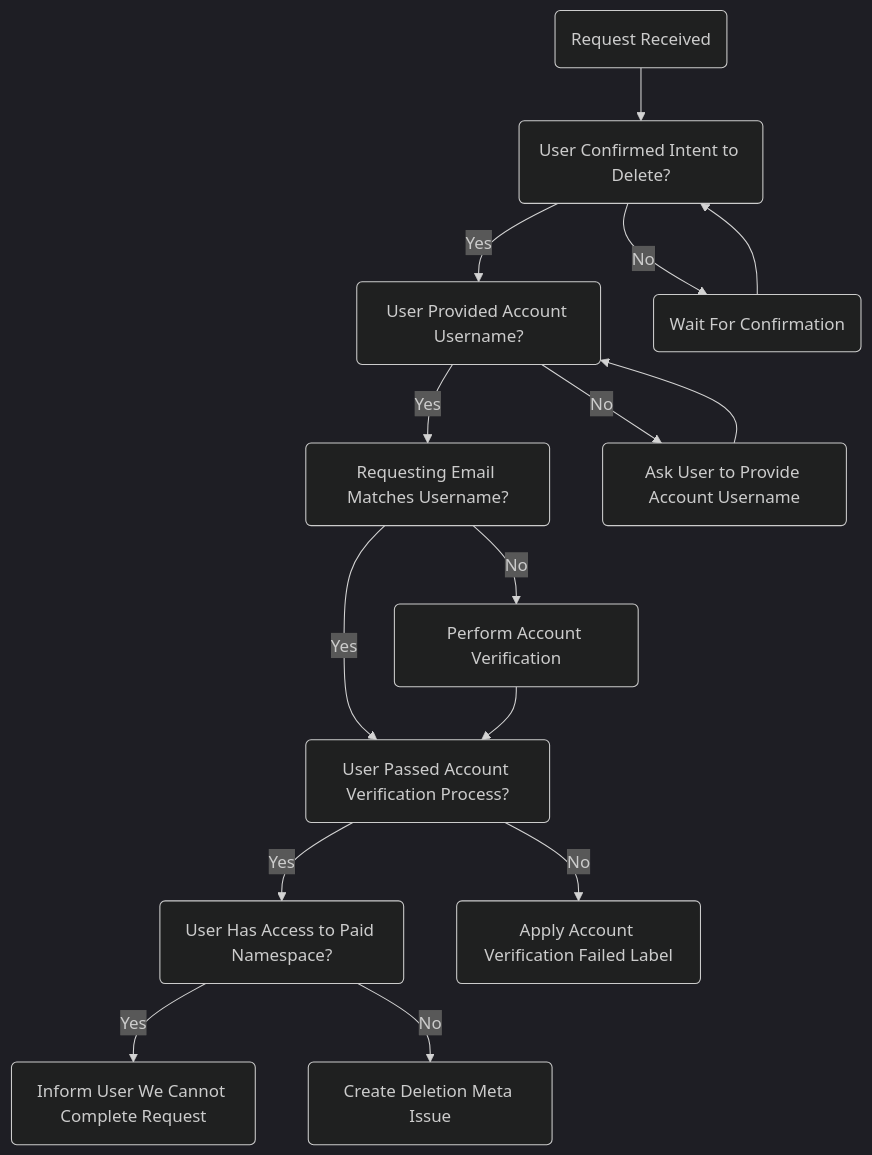
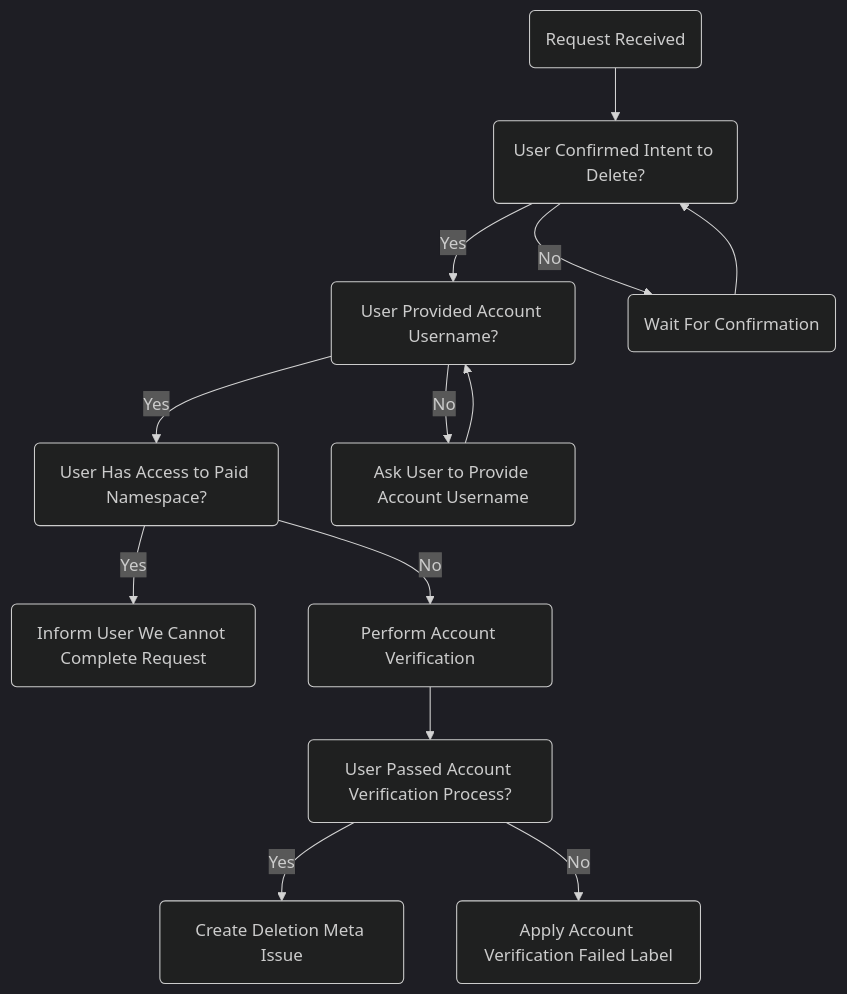
Before and after one commit to secretstartups/handbook: the diagram in support/workflows/account_deletion.html.md, drawn with Mermaid (dark theme). The commit also changed other lines of this file, not shown here.

Commit message:
Updates account deletion flow

````diff
--- a/support/workflows/account_deletion.html.md
+++ b/support/workflows/account_deletion.html.md
@@ -129,20 +144,18 @@
 ```mermaid
 graph TD
 A(Request Received)-->B
 B(User Confirmed Intent to Delete?)-->|Yes|C
-C(User Provided Account Username?)-->|Yes|D
-D(Requesting Email Matches Username?)-->|Yes|E
-E(User Passed Account Verification Process?)-->|Yes|F
+C(User Provided Account Username?)-->|Yes|F
+E(User Passed Account Verification Process?)-->|Yes|I
 F(User Has Access to Paid Namespace?)-->|Yes|X
 X(Inform User We Cannot Complete Request)
 B-->|No|Y
 Y(Wait For Confirmation)-->B
 C-->|No|Z
 Z(Ask User to Provide Account Username)-->C
-D-->|No|G
 G(Perform Account Verification)-->E
 E-->|No|H
 H(Apply Account Verification Failed Label)
-F-->|No|I
+F-->|No|G
 I(Create Deletion Meta Issue)
 ```
````
